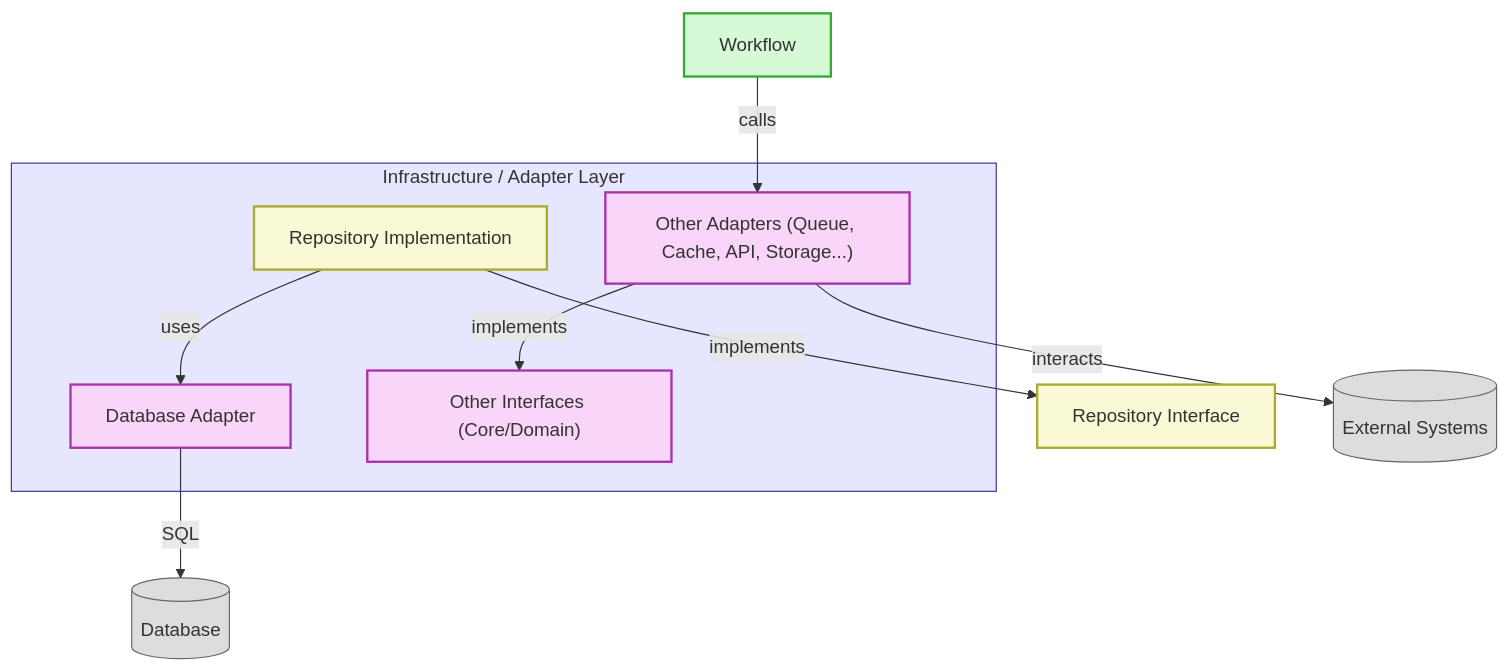
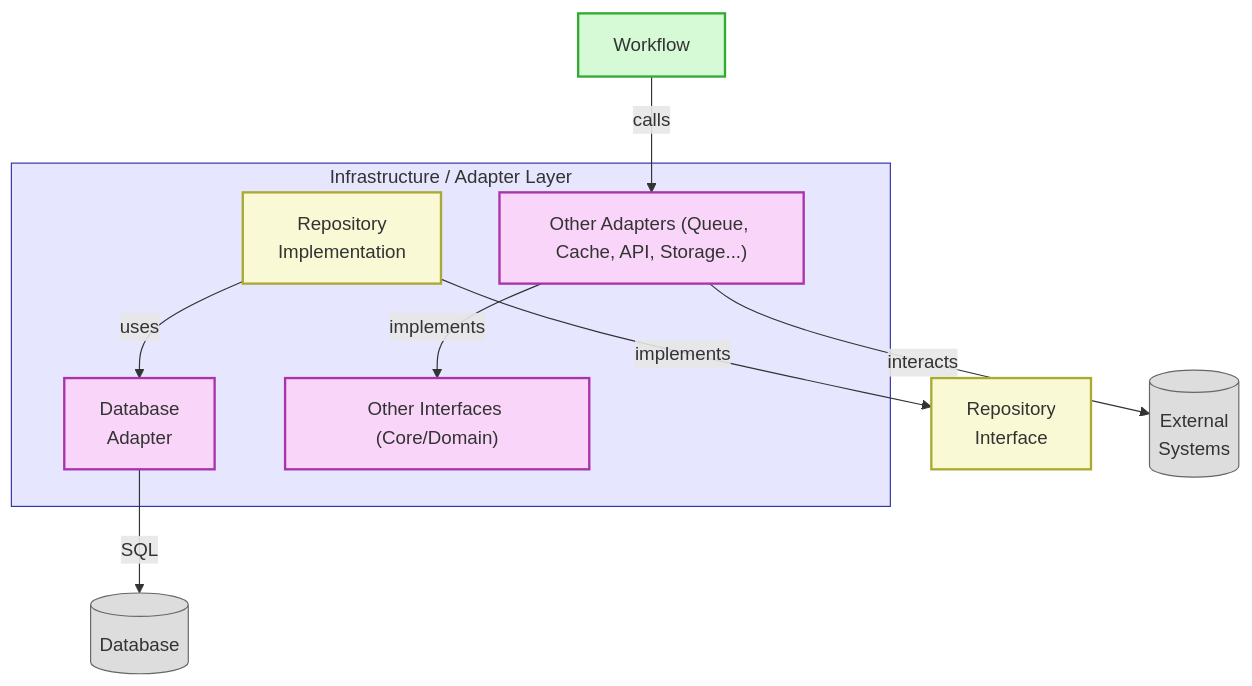
Before and after one commit to bluedevilx/ai-driven-development: the third of 4 diagrams in architecture-guide.md, drawn with Mermaid.

````diff
--- a/architecture-guide.md
+++ b/architecture-guide.md
@@ -175,34 +175,35 @@
 ```mermaid
 flowchart TD
-    RI["Repository Interface"]
+    RI["Repository <br>Interface"]
     WF["Workflow"]
 
     subgraph InfraLayer["Infrastructure / Adapter Layer"]
-        RImpl["Repository Implementation"]
-        DA["Database Adapter"]
+        RImpl["Repository <br>Implementation"]
+        DA["Database <br>Adapter"]
         OTH["Other Adapters (Queue, Cache, API, Storage...)"]
         OTH_I["Other Interfaces (Core/Domain)"]
     end
 
     DB[("Database")]
-    EXT[("External Systems")]
+    EXT[("External <br>Systems")]
 
+    OTH -->|"interacts"| EXT
+    OTH -->|"implements"| OTH_I
     RImpl -->|"implements"| RI
     RImpl -->|"uses"| DA
     DA -->|"SQL"| DB
     WF -->|"calls"| OTH
-    OTH -->|"interacts"| EXT
-    OTH -->|"implements"| OTH_I
+    
 
     classDef workflow fill:#d6f9d6,stroke:#3a3,stroke-width:2px;
     classDef repo fill:#f9f9d6,stroke:#aa3,stroke-width:2px;
     classDef adapter fill:#f9d6f9,stroke:#a3a,stroke-width:2px;
     classDef external fill:#ddd,stroke:#666,stroke-width:1px;
     classDef infra fill:#e6e6ff,stroke:#33a,stroke-width:1px;
 
     class WF workflow;
     class RI,RImpl repo;
     class DA,OTH,OTH_I adapter;
     class DB,EXT external;
     class InfraLayer infra;
 ```
````
